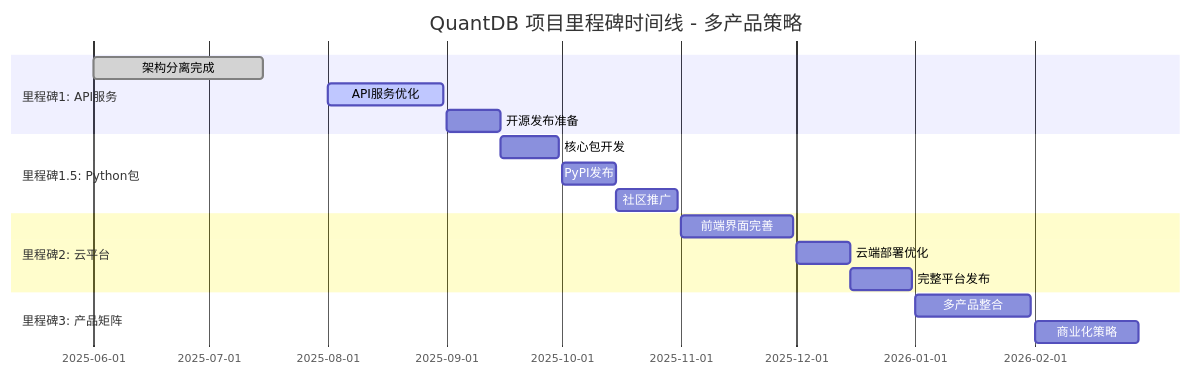
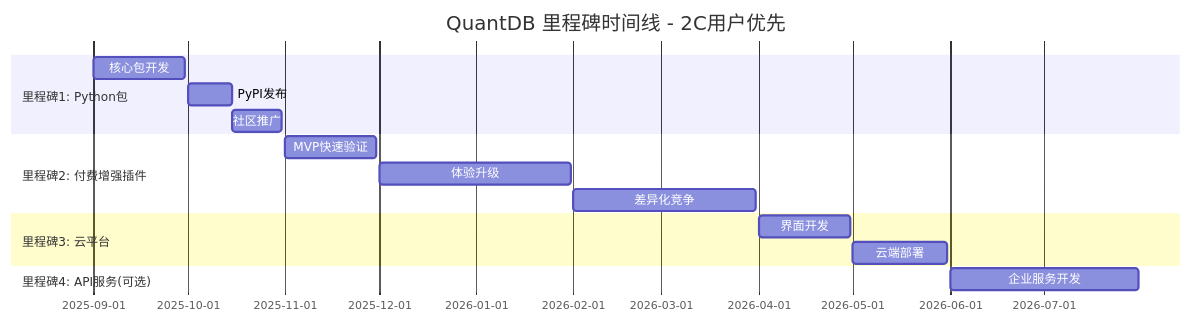
One commit to franksunye/quantdb changed the diagram in project-management/02_milestones.md. Above: the diagram before and after it, drawn with Mermaid. The commit also changed other lines of this file, not shown here.

Commit message:
docs: refactor milestones for 2C focus (Python package first, paid add-on roadmap) and simplify content [skip ci]

````diff
--- a/project-management/02_milestones.md
+++ b/project-management/02_milestones.md
@@ -11,20 +11,18 @@
 ```mermaid
 gantt
-    title QuantDB 项目里程碑时间线 - 多产品策略
+    title QuantDB 里程碑时间线 - 2C用户优先
     dateFormat  YYYY-MM-DD
-    section 里程碑1: API服务
-    架构分离完成    :done, m1-arch, 2025-06-01, 2025-07-15
-    API服务优化     :active, m1-api, 2025-08-01, 2025-08-31
-    开源发布准备    :m1-release, 2025-09-01, 2025-09-15
-    section 里程碑1.5: Python包
-    核心包开发      :m15-dev, 2025-09-15, 2025-09-30
-    PyPI发布       :m15-release, 2025-10-01, 2025-10-15
-    社区推广       :m15-promo, 2025-10-15, 2025-10-31
-    section 里程碑2: 云平台
-    前端界面完善    :m2-frontend, 2025-11-01, 2025-11-30
-    云端部署优化    :m2-cloud, 2025-12-01, 2025-12-15
-    完整平台发布    :m2-release, 2025-12-15, 2025-12-31
-    section 里程碑3: 产品矩阵
-    多产品整合      :m3-integration, 2026-01-01, 2026-01-31
-    商业化策略      :m3-business, 2026-02-01, 2026-02-28
+    section 里程碑1: Python包
+    核心包开发      :m1-dev, 2025-09-01, 2025-09-30
+    PyPI发布       :m1-release, 2025-10-01, 2025-10-15
+    社区推广       :m1-promo, 2025-10-15, 2025-10-31
+    section 里程碑2: 付费增强插件
+    MVP快速验证     :m2-mvp, 2025-11-01, 2025-11-30
+    体验升级        :m2-upgrade, 2025-12-01, 2026-01-31
+    差异化竞争      :m2-compete, 2026-02-01, 2026-03-31
+    section 里程碑3: 云平台
+    界面开发        :m3-frontend, 2026-04-01, 2026-04-30
+    云端部署        :m3-cloud, 2026-05-01, 2026-05-31
+    section 里程碑4: API服务(可选)
+    企业服务开发    :m4-api, 2026-06-01, 2026-07-31
 ```
````
